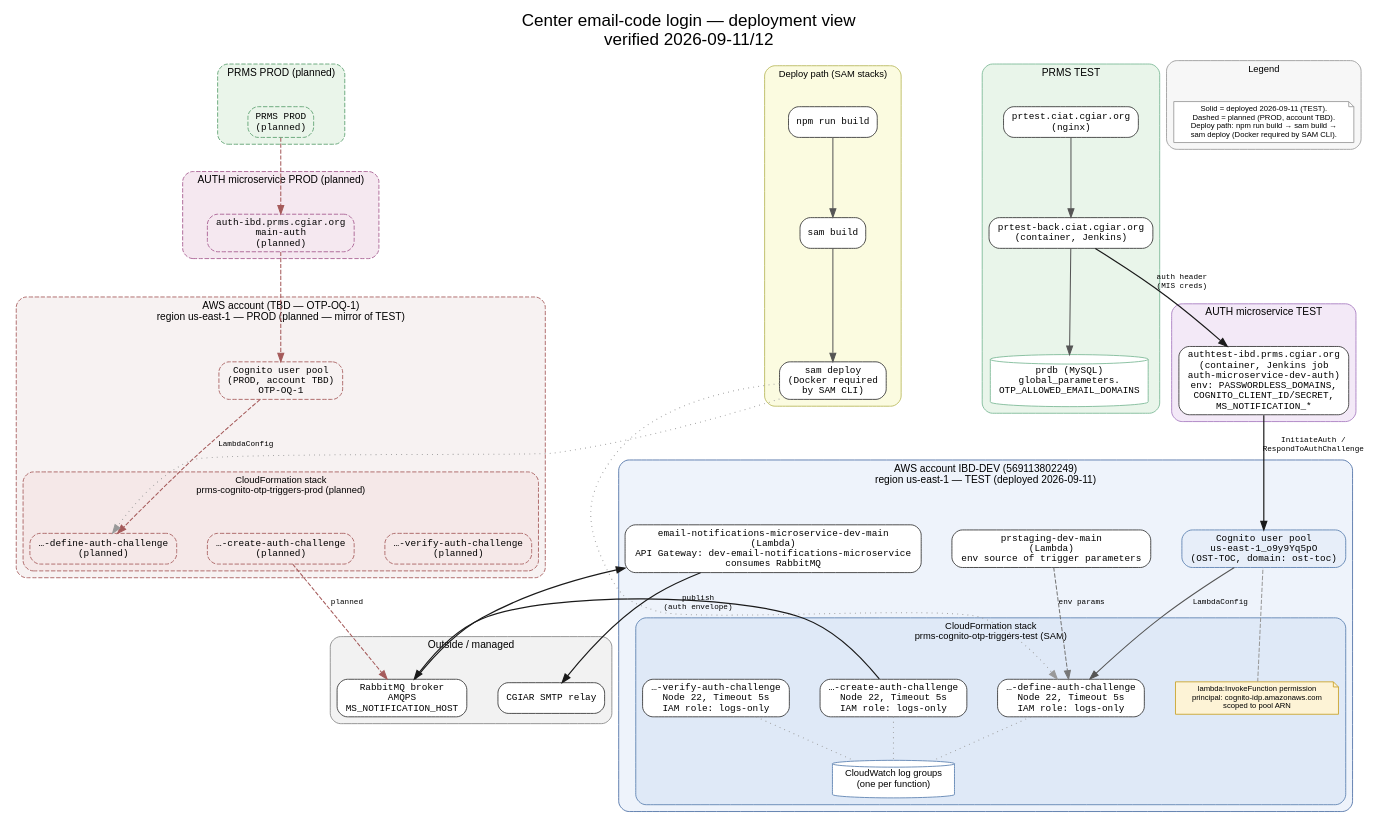
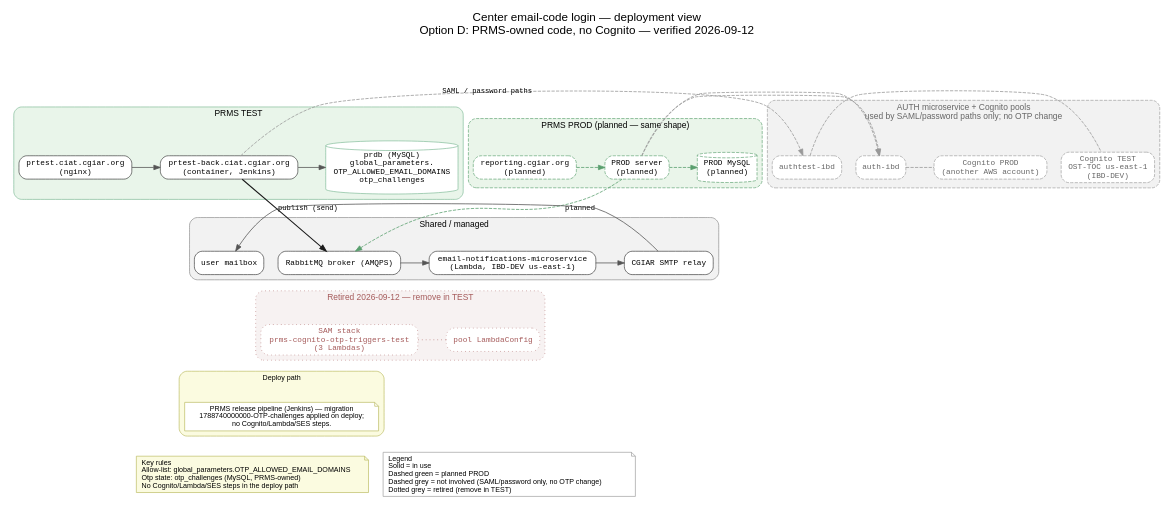
The diagram in docs/auth/center-email-code-login/diagrams/infrastructure.dot (AllianceBioversityCIAT/onecgiar_pr), drawn with Graphviz before and after one commit. The commit also changed 9 other files, not shown here.

Commit message:
📝 docs(auth) [OTP rev 4]: rewrite the Center email-code login docs for Option D — PRMS-owned code, no Cognito; PROD runbook = deploy PRMS + parameter; infrastructure notes; adoption guide; regenerated diagrams

```diff
--- a/docs/auth/center-email-code-login/diagrams/infrastructure.dot
+++ b/docs/auth/center-email-code-login/diagrams/infrastructure.dot
@@ -1,174 +1,144 @@
 digraph CenterEmailCodeLoginInfrastructure {
   rankdir=TB;
+  newrank=true;
   bgcolor="white";
   fontname="Helvetica";
   labelloc="t";
-  fontsize=20;
-  label="Center email-code login — deployment view\nverified 2026-09-11/12";
-  nodesep=0.5;
-  ranksep=0.7;
-  compound=true;
+  fontsize=18;
+  label="Center email-code login — deployment view\nOption D: PRMS-owned code, no Cognito — verified 2026-09-12";
+  nodesep=0.3;
+  ranksep=0.4;
+  size="19,40";
+  ratio=compress;
 
-  node [fontname="Helvetica" shape=box style="rounded,filled" fillcolor="#ffffff" color="#333333" fontsize=11];
-  edge [fontname="Courier" fontsize=9 color="#555555" penwidth=1.2];
+  node [fontname="Helvetica" shape=box style="rounded,filled" fillcolor="#ffffff" color="#333333" fontsize=12];
+  edge [fontname="Courier" fontsize=11 color="#555555" penwidth=1.2];
 
-  /* ---------- AWS account IBD-DEV (TEST, deployed) ---------- */
-  subgraph cluster_aws_dev {
-    label="AWS account IBD-DEV (569113802249)\nregion us-east-1 — TEST (deployed 2026-09-11)";
-    style="filled,rounded";
-    fillcolor="#eef3fb";
-    color="#4c6fa5";
-    fontsize=12;
-
-    subgraph cluster_sam_stack {
-      label="CloudFormation stack\nprms-cognito-otp-triggers-test (SAM)";
-      style="filled,rounded";
-      fillcolor="#dfe9f7";
-      color="#5a7fb0";
-      fontsize=11;
-
-      DefineFn [label="…-define-auth-challenge\nNode 22, Timeout 5s\nIAM role: logs-only" fontname="Courier"];
-      CreateFn [label="…-create-auth-challenge\nNode 22, Timeout 5s\nIAM role: logs-only" fontname="Courier"];
-      VerifyFn [label="…-verify-auth-challenge\nNode 22, Timeout 5s\nIAM role: logs-only" fontname="Courier"];
-      InvokePerm [label="lambda:InvokeFunction permission\nprincipal: cognito-idp.amazonaws.com\nscoped to pool ARN" shape=note style="filled" fillcolor="#fdf3d6" color="#c9a227" fontsize=9];
-      LogGroups [label="CloudWatch log groups\n(one per function)" shape=cylinder style="filled" fillcolor="#ffffff" color="#5a7fb0"];
-
-      DefineFn -> LogGroups [style=dotted arrowhead=none color="#999999"];
-      CreateFn -> LogGroups [style=dotted arrowhead=none color="#999999"];
-      VerifyFn -> LogGroups [style=dotted arrowhead=none color="#999999"];
-    }
-
-    CognitoPool [label="Cognito user pool\nus-east-1_o9y9Yq5pO\n(OST-TOC, domain: ost-toc)" fontname="Courier" style="rounded,filled" fillcolor="#e7eef9" color="#5a7fb0"];
-
-    CognitoPool -> DefineFn [label="LambdaConfig"];
-    CognitoPool -> CreateFn [style=invis];
-    CognitoPool -> VerifyFn [style=invis];
-    InvokePerm -> CognitoPool [style=dashed arrowhead=none color="#999999"];
-
-    NotifLambda [label="email-notifications-microservice-dev-main\n(Lambda)\nAPI Gateway: dev-email-notifications-microservice\nconsumes RabbitMQ" fontname="Courier"];
-    PrstagingLambda [label="prstaging-dev-main\n(Lambda)\nenv source of trigger parameters" fontname="Courier"];
-
-    PrstagingLambda -> DefineFn [label="env params" style=dashed color="#777777"];
-    PrstagingLambda -> CreateFn [style=invis];
-    PrstagingLambda -> VerifyFn [style=invis];
-  }
-
-  /* ---------- Outside / managed ---------- */
-  subgraph cluster_managed {
-    label="Outside / managed";
-    style="filled,rounded";
-    fillcolor="#f2f2f2";
-    color="#888888";
-    fontsize=12;
-
-    RabbitBroker [label="RabbitMQ broker\nAMQPS\nMS_NOTIFICATION_HOST" fontname="Courier"];
-    SmtpRelay [label="CGIAR SMTP relay" fontname="Courier"];
-  }
-
-  /* ---------- PRMS TEST ---------- */
+  /* ---------- PRMS TEST — row 1 ---------- */
   subgraph cluster_prms_test {
     label="PRMS TEST";
     style="filled,rounded";
     fillcolor="#e9f5ea";
     color="#7ab894";
-    fontsize=12;
+    fontsize=13;
 
     PrmsClientTest [label="prtest.ciat.cgiar.org\n(nginx)" fontname="Courier"];
     PrmsServerTest [label="prtest-back.ciat.cgiar.org\n(container, Jenkins)" fontname="Courier"];
-    PrmsDbTest [label="prdb (MySQL)\nglobal_parameters.\nOTP_ALLOWED_EMAIL_DOMAINS" fontname="Courier" shape=cylinder style="filled" fillcolor="#ffffff" color="#7ab894"];
+    PrmsDbTest [label="prdb (MySQL)\nglobal_parameters.\nOTP_ALLOWED_EMAIL_DOMAINS\notp_challenges" fontname="Courier" shape=cylinder style="filled" fillcolor="#ffffff" color="#7ab894"];
 
+    { rank=same; PrmsClientTest; PrmsServerTest; PrmsDbTest; }
     PrmsClientTest -> PrmsServerTest;
     PrmsServerTest -> PrmsDbTest;
   }
 
-  /* ---------- AUTH microservice TEST ---------- */
-  subgraph cluster_authms_test {
-    label="AUTH microservice TEST";
-    style="filled,rounded";
-    fillcolor="#f3e9f7";
-    color="#a67ac0";
-    fontsize=12;
-
-    AuthMsTest [label="authtest-ibd.prms.cgiar.org\n(container, Jenkins job\nauth-microservice-dev-auth)\nenv: PASSWORDLESS_DOMAINS,\nCOGNITO_CLIENT_ID/SECRET,\nMS_NOTIFICATION_*" fontname="Courier"];
-  }
-
-  /* ---------- PROD (planned, mirror of TEST) ---------- */
-  subgraph cluster_aws_prod {
-    label="AWS account (TBD — OTP-OQ-1)\nregion us-east-1 — PROD (planned — mirror of TEST)";
-    style="filled,rounded,dashed";
-    fillcolor="#f7f2f2";
-    color="#a55a5a";
-    fontsize=12;
-
-    subgraph cluster_sam_stack_prod {
-      label="CloudFormation stack\nprms-cognito-otp-triggers-prod (planned)";
-      style="filled,rounded,dashed";
-      fillcolor="#f5e8e8";
-      color="#a55a5a";
-      fontsize=11;
-      DefineFnProd [label="…-define-auth-challenge\n(planned)" fontname="Courier" style="rounded,dashed" fillcolor="#ffffff" color="#a55a5a"];
-      CreateFnProd [label="…-create-auth-challenge\n(planned)" fontname="Courier" style="rounded,dashed" fillcolor="#ffffff" color="#a55a5a"];
-      VerifyFnProd [label="…-verify-auth-challenge\n(planned)" fontname="Courier" style="rounded,dashed" fillcolor="#ffffff" color="#a55a5a"];
-    }
-
-    CognitoPoolProd [label="Cognito user pool\n(PROD, account TBD)\nOTP-OQ-1" fontname="Courier" style="rounded,dashed" fillcolor="#ffffff" color="#a55a5a"];
-    CognitoPoolProd -> DefineFnProd [style=dashed color="#a55a5a" label="LambdaConfig"];
-    CognitoPoolProd -> CreateFnProd [style=invis];
-    CognitoPoolProd -> VerifyFnProd [style=invis];
-  }
-
-  subgraph cluster_authms_prod {
-    label="AUTH microservice PROD (planned)";
-    style="filled,rounded,dashed";
-    fillcolor="#f5e8f0";
-    color="#a55a8f";
-    fontsize=12;
-    AuthMsProd [label="auth-ibd.prms.cgiar.org\nmain-auth\n(planned)" fontname="Courier" style="rounded,dashed" fillcolor="#ffffff" color="#a55a8f"];
-  }
-
+  /* ---------- PRMS PROD (planned) — row 2 ---------- */
   subgraph cluster_prms_prod {
-    label="PRMS PROD (planned)";
+    label="PRMS PROD (planned — same shape)";
     style="filled,rounded,dashed";
     fillcolor="#eaf5ea";
     color="#5a9f6e";
-    fontsize=12;
-    PrmsProd [label="PRMS PROD\n(planned)" fontname="Courier" style="rounded,dashed" fillcolor="#ffffff" color="#5a9f6e"];
+    fontsize=13;
+
+    PrmsClientProd [label="reporting.cgiar.org\n(planned)" fontname="Courier" style="rounded,dashed,filled" fillcolor="#ffffff" color="#5a9f6e"];
+    PrmsServerProd [label="PROD server\n(planned)" fontname="Courier" style="rounded,dashed,filled" fillcolor="#ffffff" color="#5a9f6e"];
+    PrmsDbProd [label="PROD MySQL\n(planned)" fontname="Courier" shape=cylinder style="rounded,dashed,filled" fillcolor="#ffffff" color="#5a9f6e"];
+
+    { rank=same; PrmsClientProd; PrmsServerProd; PrmsDbProd; }
+    PrmsClientProd -> PrmsServerProd [style=dashed color="#5a9f6e"];
+    PrmsServerProd -> PrmsDbProd [style=dashed color="#5a9f6e"];
   }
 
-  /* ---------- Cross-cluster runtime relationships (TEST, solid = deployed) ---------- */
-  PrmsServerTest -> AuthMsTest [label="auth header\n(MIS creds)" color="#1a1a1a" penwidth=1.4];
-  AuthMsTest -> CognitoPool [label="InitiateAuth /\nRespondToAuthChallenge" color="#1a1a1a" penwidth=1.4];
-  CreateFn -> RabbitBroker [label="publish\n(auth envelope)" color="#1a1a1a" penwidth=1.4];
-  RabbitBroker -> NotifLambda [color="#1a1a1a" penwidth=1.4];
-  NotifLambda -> SmtpRelay [color="#1a1a1a" penwidth=1.4];
+  /* ---------- Shared / managed — row 3 ---------- */
+  subgraph cluster_managed {
+    label="Shared / managed";
+    style="filled,rounded";
+    fillcolor="#f2f2f2";
+    color="#888888";
+    fontsize=13;
 
-  /* ---------- Cross-cluster runtime relationships (PROD, dashed = planned) ---------- */
-  PrmsProd -> AuthMsProd [style=dashed color="#a55a5a"];
-  AuthMsProd -> CognitoPoolProd [style=dashed color="#a55a5a"];
-  CreateFnProd -> RabbitBroker [style=dashed color="#a55a5a" label="planned"];
+    RabbitBroker [label="RabbitMQ broker (AMQPS)" fontname="Courier"];
+    NotifLambda [label="email-notifications-microservice\n(Lambda, IBD-DEV us-east-1)" fontname="Courier"];
+    SmtpRelay [label="CGIAR SMTP relay" fontname="Courier"];
+    Mailbox [label="user mailbox" fontname="Courier"];
 
-  /* ---------- Deploy path ---------- */
+    { rank=same; RabbitBroker; NotifLambda; SmtpRelay; Mailbox; }
+    RabbitBroker -> NotifLambda -> SmtpRelay -> Mailbox;
+  }
+
+  /* ---------- AUTH microservice + Cognito (greyed, not involved) — row 4 ---------- */
+  subgraph cluster_authms {
+    label="AUTH microservice + Cognito pools\nused by SAML/password paths only; no OTP change";
+    style="filled,rounded,dashed";
+    fillcolor="#f2f2f2";
+    color="#999999";
+    fontsize=13;
+    fontcolor="#666666";
+
+    AuthMsTest [label="authtest-ibd" fontname="Courier" style="rounded,dashed,filled" fillcolor="#ffffff" color="#999999" fontcolor="#666666"];
+    AuthMsProd [label="auth-ibd" fontname="Courier" style="rounded,dashed,filled" fillcolor="#ffffff" color="#999999" fontcolor="#666666"];
+    CognitoTest [label="Cognito TEST\nOST-TOC us-east-1\n(IBD-DEV)" fontname="Courier" style="rounded,dashed,filled" fillcolor="#ffffff" color="#999999" fontcolor="#666666"];
+    CognitoProd [label="Cognito PROD\n(another AWS account)" fontname="Courier" style="rounded,dashed,filled" fillcolor="#ffffff" color="#999999" fontcolor="#666666"];
+
+    { rank=same; AuthMsTest; AuthMsProd; CognitoTest; CognitoProd; }
+    AuthMsTest -> CognitoTest [style=dashed color="#999999" arrowhead=none];
+    AuthMsProd -> CognitoProd [style=dashed color="#999999" arrowhead=none];
+  }
+
+  /* ---------- Retired — row 5 ---------- */
+  subgraph cluster_retired {
+    label="Retired 2026-09-12 — remove in TEST";
+    style="filled,rounded,dotted";
+    fillcolor="#f7f2f2";
+    color="#a55a5a";
+    fontsize=13;
+    fontcolor="#a55a5a";
+
+    SamStack [label="SAM stack\nprms-cognito-otp-triggers-test\n(3 Lambdas)" fontname="Courier" shape=box style="rounded,dotted,filled" fillcolor="#ffffff" color="#a55a5a" fontcolor="#a55a5a"];
+    LambdaConfig [label="pool LambdaConfig" fontname="Courier" style="rounded,dotted,filled" fillcolor="#ffffff" color="#a55a5a" fontcolor="#a55a5a"];
+
+    { rank=same; SamStack; LambdaConfig; }
+    SamStack -> LambdaConfig [style=dotted color="#a55a5a" arrowhead=none];
+  }
+
+  /* ---------- Cross-cluster runtime relationships ---------- */
+  PrmsServerTest -> RabbitBroker [label="publish (send)" color="#1a1a1a" penwidth=1.6];
+  Mailbox -> PrmsServerTest [style=invis];
+
+  /* AUTH/Cognito used by SAML/password only — drawn without affecting rank order */
+  PrmsServerTest -> AuthMsTest [label="SAML / password paths" style=dashed color="#999999" constraint=false];
+  PrmsServerProd -> AuthMsProd [style=dashed color="#999999" constraint=false];
+
+  /* PROD mirrors TEST shape (planned) */
+  PrmsServerProd -> RabbitBroker [style=dashed color="#5a9f6e" label="planned"];
+
+  /* Retired stack — dotted, no live traffic; ordering only, no visible cross edge */
+  RabbitBroker -> SamStack [style=invis];
+
+  /* ---------- Deploy path note — row 6 ---------- */
   subgraph cluster_deploy {
-    label="Deploy path (SAM stacks)";
+    label="Deploy path";
     style="filled,rounded";
     fillcolor="#fbfbe0";
     color="#b8b85a";
     fontsize=11;
-    DeployBuild [label="npm run build" fontname="Courier" shape=box style="rounded,filled" fillcolor="#ffffff"];
-    DeploySamBuild [label="sam build" fontname="Courier" shape=box style="rounded,filled" fillcolor="#ffffff"];
-    DeploySamDeploy [label="sam deploy\n(Docker required\nby SAM CLI)" fontname="Courier" shape=box style="rounded,filled" fillcolor="#ffffff"];
-    DeployBuild -> DeploySamBuild -> DeploySamDeploy;
+    DeployNote [shape=note style="filled" fillcolor="#ffffff" color="#b8b85a" fontsize=11 fontname="Helvetica"
+      label="PRMS release pipeline (Jenkins) — migration\n1788740000000-OTP-challenges applied on deploy;\nno Cognito/Lambda/SES steps."];
   }
-  DeploySamDeploy -> DefineFn [style=dotted color="#999999" constraint=false];
-  DeploySamDeploy -> DefineFnProd [style=dotted color="#999999" constraint=false];
 
-  /* ---------- Legend ---------- */
-  subgraph cluster_legend {
-    label="Legend";
-    style="filled,rounded";
-    fillcolor="#f7f7f7";
-    color="#999999";
-    fontsize=11;
-    LegendNote [shape=note style="filled" fillcolor="#ffffff" color="#999999" fontsize=9 label="Solid = deployed 2026-09-11 (TEST).\nDashed = planned (PROD, account TBD).\nDeploy path: npm run build → sam build →\nsam deploy (Docker required by SAM CLI)."];
+  /* ---------- Key rules + Legend, below everything ---------- */
+  subgraph cluster_notes {
+    label="";
+    style=invis;
+    { rank=same; KeyRules; LegendNote; }
+
+    KeyRules [shape=note style="filled" fillcolor="#fbfbe0" color="#b8b85a" fontsize=11 fontname="Helvetica"
+      label="Key rules\lAllow-list: global_parameters.OTP_ALLOWED_EMAIL_DOMAINS\lOtp state: otp_challenges (MySQL, PRMS-owned)\lNo Cognito/Lambda/SES steps in the deploy path\l"];
+
+    LegendNote [shape=note style="filled" fillcolor="#ffffff" color="#999999" fontsize=11 fontname="Helvetica"
+      label="Legend\lSolid = in use\lDashed green = planned PROD\lDashed grey = not involved (SAML/password only, no OTP change)\lDotted grey = retired (remove in TEST)\l"];
   }
+
+  SamStack -> DeployNote [style=invis];
+  DeployNote -> KeyRules [style=invis];
+  LambdaConfig -> LegendNote [style=invis];
 }
```
